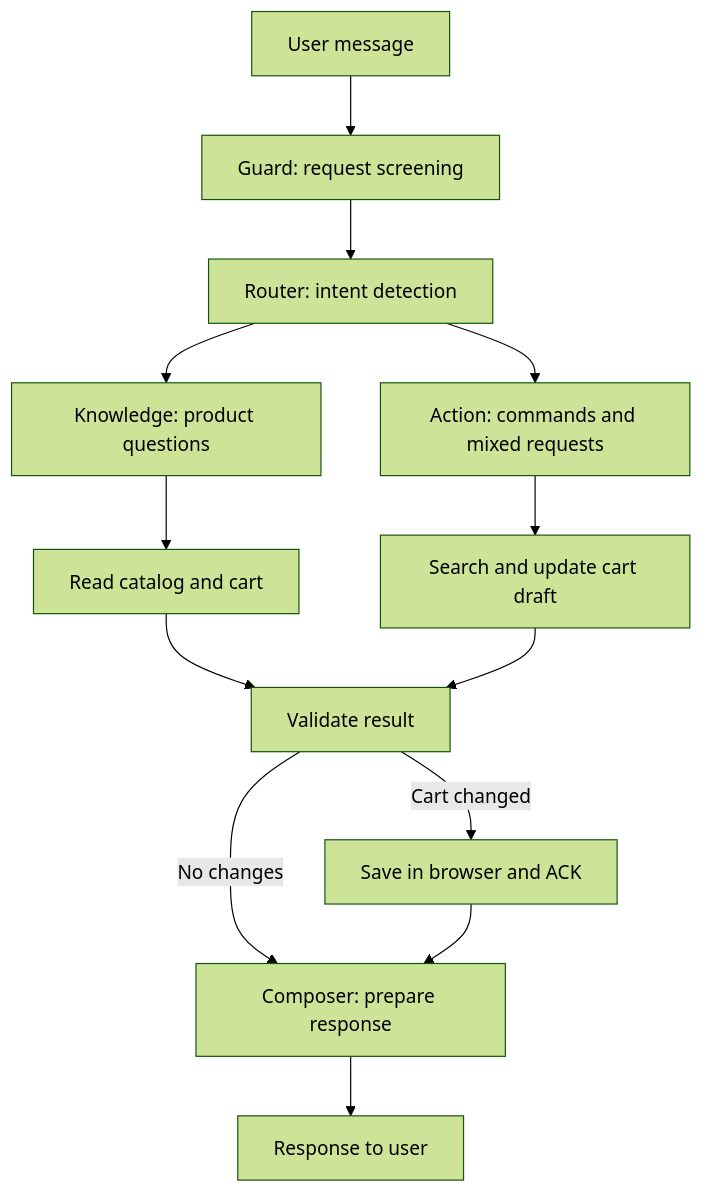
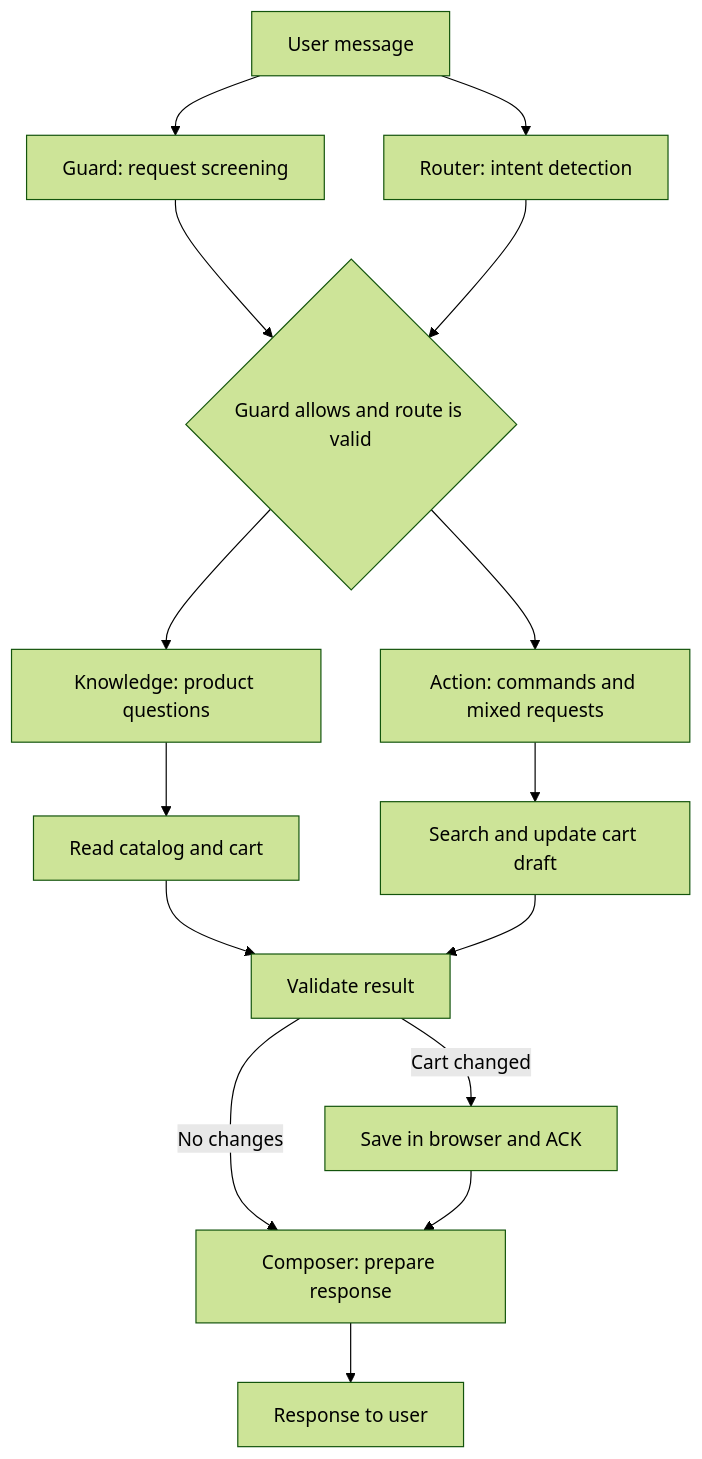
One commit to kirill-sotnikov/ai-agent-showcase changed the diagram in README.md. Above: the diagram before and after it, drawn with Mermaid (forest theme). The commit also changed other lines of this file and 11 other files, not shown here.

Commit message:
feat: run guard and router in parallel

````diff
--- a/README.md
+++ b/README.md
@@ -25,15 +25,17 @@
 ```mermaid
 flowchart TD
     Request[User message] --> Guard[Guard: request screening]
-    Guard --> Router[Router: intent detection]
-    Router --> Knowledge[Knowledge: product questions]
-    Router --> Action[Action: commands and mixed requests]
+    Request --> Router[Router: intent detection]
+    Guard --> Gate{Guard allows and route is valid}
+    Router --> Gate
+    Gate --> Knowledge[Knowledge: product questions]
+    Gate --> Action[Action: commands and mixed requests]
     Knowledge --> ReadTools[Read catalog and cart]
     Action --> CartTools[Search and update cart draft]
     ReadTools --> Validation[Validate result]
     CartTools --> Validation
     Validation -->|No changes| Composer[Composer: prepare response]
     Validation -->|Cart changed| Commit[Save in browser and ACK]
     Commit --> Composer
     Composer --> Response[Response to user]
 ```
````
